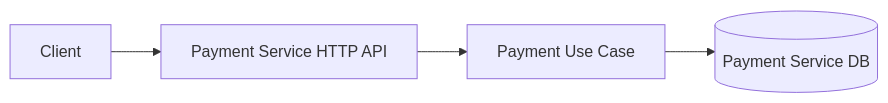
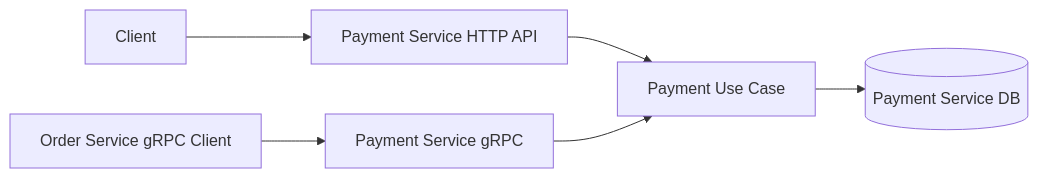
One commit to ArsikIT/PaymentService2 changed the diagram in README.md. Above: the diagram before and after it, drawn with Mermaid. The commit also changed other lines of this file, not shown here.

````diff
--- a/README.md
+++ b/README.md
@@ -129,6 +164,8 @@
 ```mermaid
 flowchart LR
-    Client --> PaymentAPI[Payment Service HTTP API]
-    PaymentAPI --> PaymentUC[Payment Use Case]
+    OrderService[Order Service gRPC Client] --> PaymentGRPC[Payment Service gRPC]
+    Client --> PaymentHTTP[Payment Service HTTP API]
+    PaymentHTTP --> PaymentUC[Payment Use Case]
+    PaymentGRPC --> PaymentUC
     PaymentUC --> PaymentRepo[(Payment Service DB)]
 ```
````
